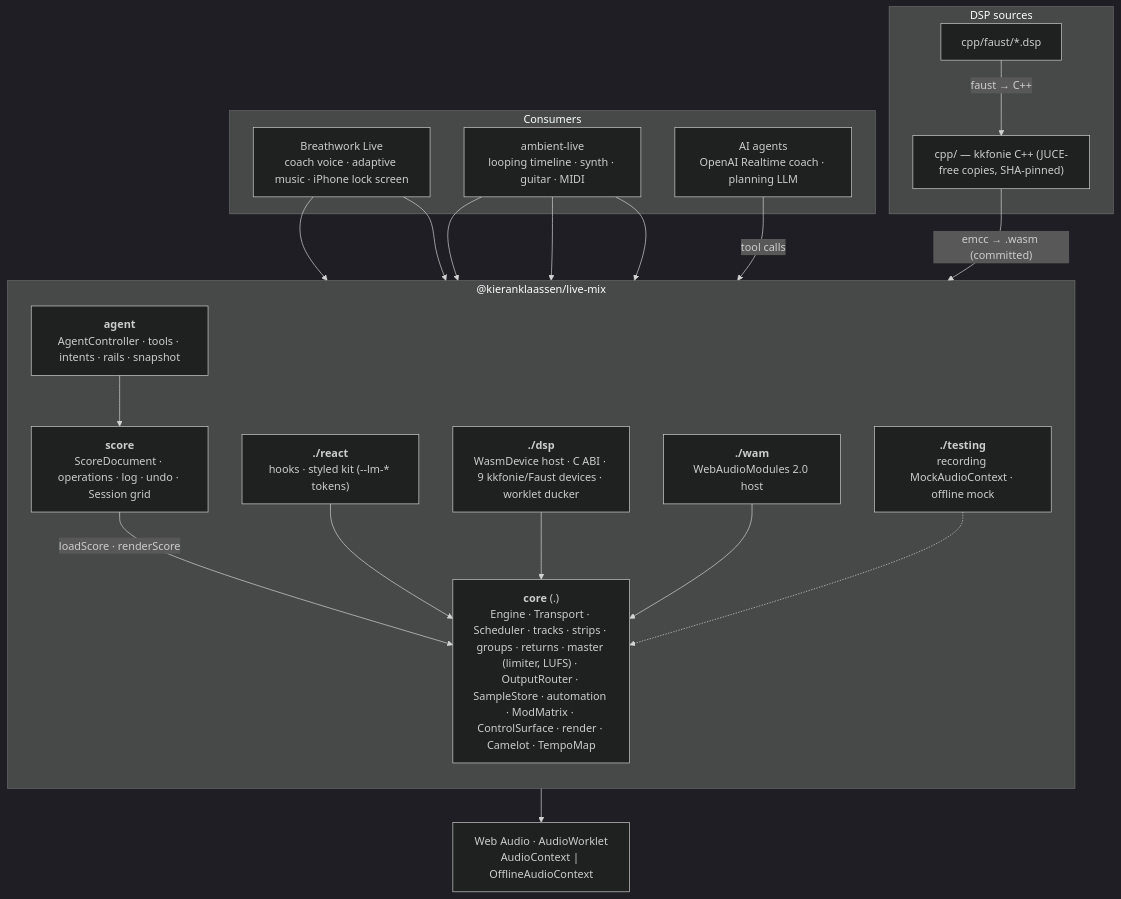
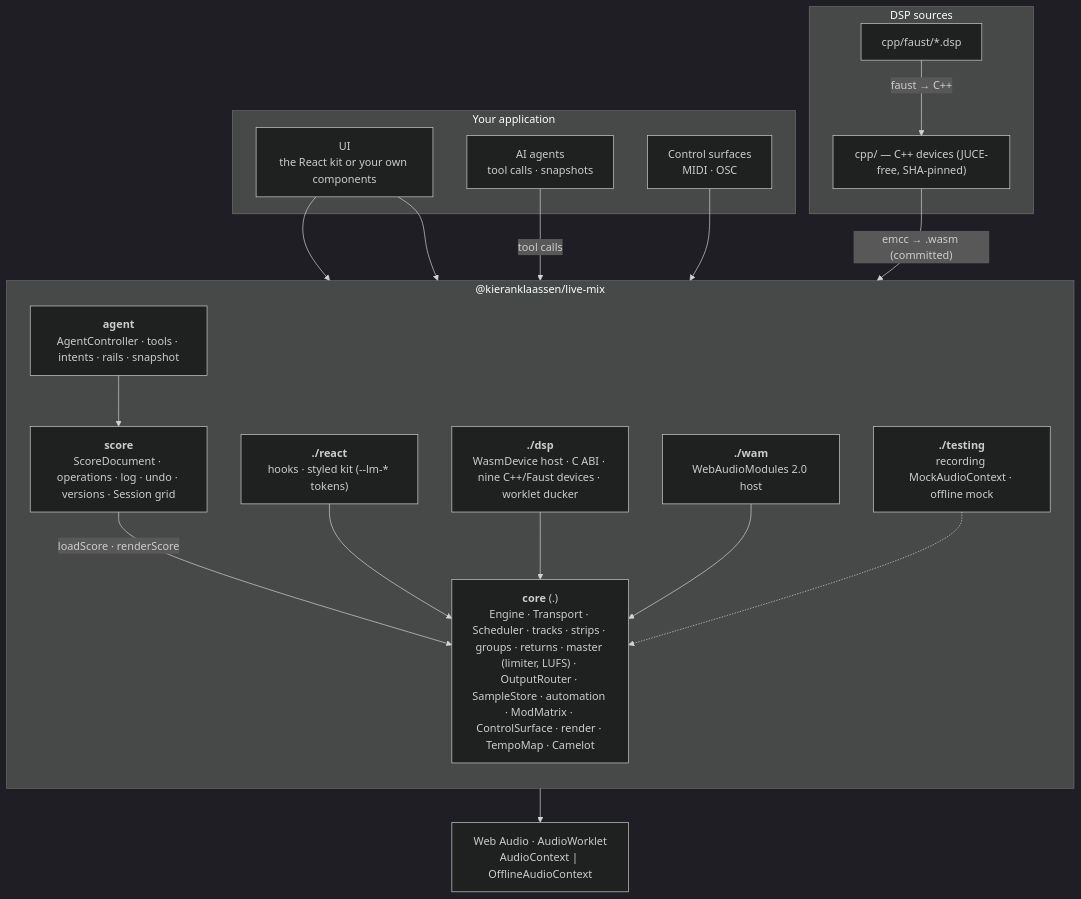
One commit to kieranklaassen/live-mix changed the diagram in README.md. Above: the diagram before and after it, drawn with Mermaid (dark theme). The commit also changed other lines of this file and 19 other files, not shown here.

````diff
--- a/README.md
+++ b/README.md
@@ -59,37 +425,35 @@
 ```mermaid
 flowchart TB
-  subgraph consumers["Consumers"]
-    BL["Breathwork Live<br/>coach voice · adaptive music · iPhone lock screen"]
-    AL["ambient-live<br/>looping timeline · synth · guitar · MIDI"]
-    LLM["AI agents<br/>OpenAI Realtime coach · planning LLM"]
+  subgraph app["Your application"]
+    UI["UI<br/>the React kit or your own components"]
+    LLM["AI agents<br/>tool calls · snapshots"]
+    HW["Control surfaces<br/>MIDI · OSC"]
   end
   subgraph lib["@kieranklaassen/live-mix"]
     direction TB
     REACT["<b>./react</b><br/>hooks · styled kit (--lm-* tokens)"]
     AGENT["<b>agent</b><br/>AgentController · tools · intents · rails · snapshot"]
-    SCORE["<b>score</b><br/>ScoreDocument · operations · log · undo · Session grid"]
-    CORE["<b>core</b> (.)<br/>Engine · Transport · Scheduler · tracks · strips · groups · returns · master (limiter, LUFS) · OutputRouter · SampleStore · automation · ModMatrix · ControlSurface · render · Camelot · TempoMap"]
-    DSP["<b>./dsp</b><br/>WasmDevice host · C ABI · 9 kkfonie/Faust devices · worklet ducker"]
+    SCORE["<b>score</b><br/>ScoreDocument · operations · log · undo · versions · Session grid"]
+    CORE["<b>core</b> (.)<br/>Engine · Transport · Scheduler · tracks · strips · groups · returns · master (limiter, LUFS) · OutputRouter · SampleStore · automation · ModMatrix · ControlSurface · render · TempoMap · Camelot"]
+    DSP["<b>./dsp</b><br/>WasmDevice host · C ABI · nine C++/Faust devices · worklet ducker"]
     WAM["<b>./wam</b><br/>WebAudioModules 2.0 host"]
     TEST["<b>./testing</b><br/>recording MockAudioContext · offline mock"]
   end
   subgraph dsp["DSP sources"]
-    CPP["cpp/ — kkfonie C++ (JUCE-free copies, SHA-pinned)"]
+    CPP["cpp/ — C++ devices (JUCE-free, SHA-pinned)"]
     FAUST["cpp/faust/*.dsp"]
   end
-  BL --> CORE
-  BL --> AGENT
-  AL --> CORE
-  AL --> DSP
-  AL --> REACT
+  UI --> REACT
+  UI --> CORE
   LLM -->|"tool calls"| AGENT
+  HW --> CORE
   AGENT --> SCORE
   SCORE -->|"loadScore · renderScore"| CORE
   REACT --> CORE
   DSP --> CORE
   WAM --> CORE
   TEST -.-> CORE
   CPP -->|"emcc → .wasm (committed)"| DSP
   FAUST -->|"faust → C++"| CPP
   CORE --> WA["Web Audio · AudioWorklet<br/>AudioContext | OfflineAudioContext"]
 ```
````
